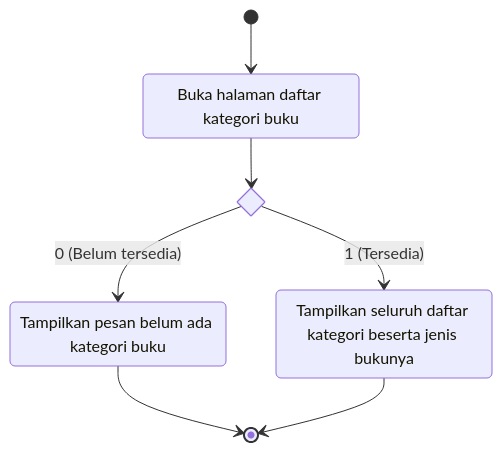
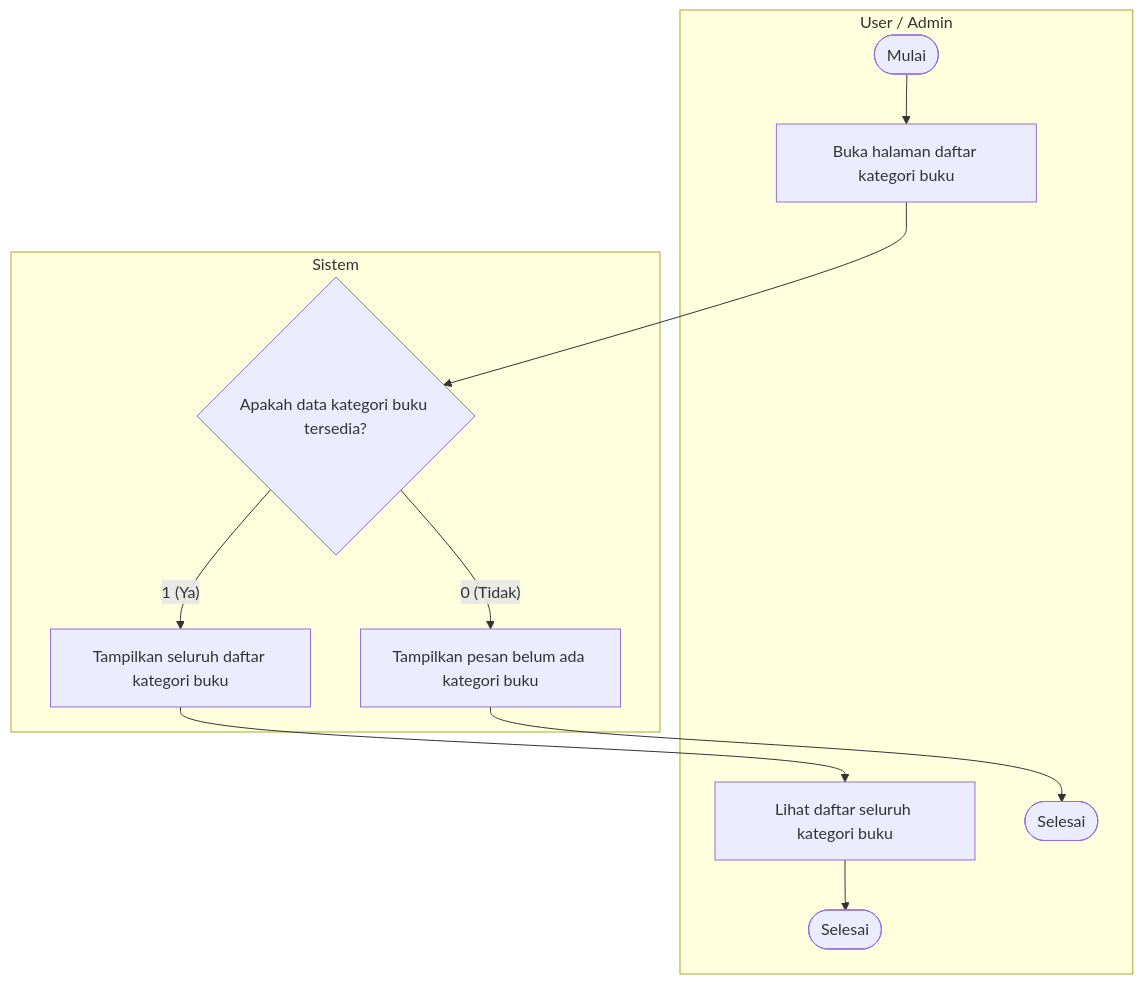
One commit to dimstyle/ruang-baca changed the diagram in docs/uml/src/diagrams/list-diagrams/activity-readlistcategories.mmd. Above: the diagram before and after it, drawn with Mermaid. The commit also changed 24 other files, not shown here.

Commit message:
docs(uml): add User, Admin, and Sistem swimlanes to activity diagrams

```diff
--- a/docs/uml/src/diagrams/list-diagrams/activity-readlistcategories.mmd
+++ b/docs/uml/src/diagrams/list-diagrams/activity-readlistcategories.mmd
@@ -1,12 +1,14 @@
-stateDiagram-v2
-    state "Buka halaman daftar kategori buku" as s1
-    state checkAvail <<choice>>
-    state "Tampilkan pesan belum ada kategori buku" as empty
-    state "Tampilkan seluruh daftar kategori beserta jenis bukunya" as list
+flowchart TD
+    subgraph UserAdmin["User / Admin"]
+        start(["Mulai"]) --> openMenu["Buka halaman daftar kategori buku"]
+        viewList["Lihat daftar seluruh kategori buku"] --> finish(["Selesai"])
+        finishEmpty(["Selesai"])
+    end
 
-    [*] --> s1
-    s1 --> checkAvail
-    checkAvail --> empty : 0 (Belum tersedia)
-    checkAvail --> list : 1 (Tersedia)
-    empty --> [*]
-    list --> [*]
+    subgraph Sistem["Sistem"]
+        openMenu --> checkAvail{"Apakah data kategori buku tersedia?"}
+        checkAvail -->|"0 (Tidak)"| showEmpty["Tampilkan pesan belum ada kategori buku"]
+        showEmpty --> finishEmpty
+        checkAvail -->|"1 (Ya)"| showList["Tampilkan seluruh daftar kategori buku"]
+        showList --> viewList
+    end
```
